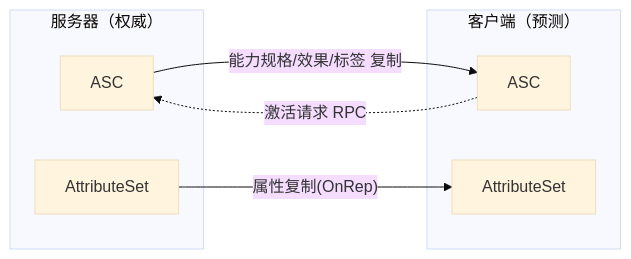
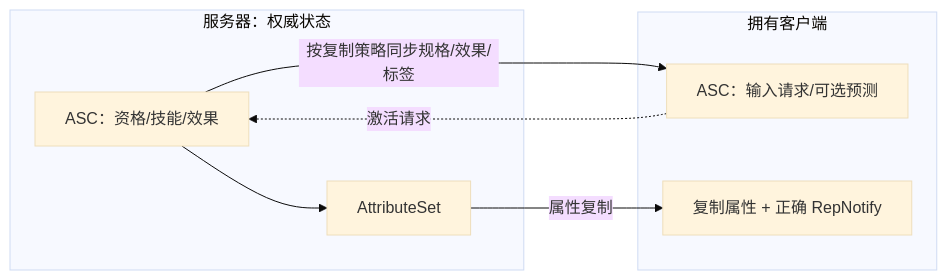
The third of 3 diagrams in 知识/05-Gameplay与交互系统/技能战斗与属性结算/01-GameplayAbilitySystem能力系统.md (fantuan812/learning), drawn with Mermaid (base theme) before and after one commit. The commit also changed other lines of this file and 2 other files, not shown here.

````diff
--- a/知识/05-Gameplay与交互系统/技能战斗与属性结算/01-GameplayAbilitySystem能力系统.md
+++ b/知识/05-Gameplay与交互系统/技能战斗与属性结算/01-GameplayAbilitySystem能力系统.md
@@ -249,14 +536,15 @@
 ```mermaid
 flowchart LR
-    subgraph Server["服务器（权威）"]
-        S_ASC["ASC"]
-        S_AS["AttributeSet"]
+    subgraph Server["服务器：权威状态"]
+        SASC["ASC：资格/技能/效果"]
+        SAS["AttributeSet"]
     end
-    subgraph Client["客户端（预测）"]
-        C_ASC["ASC"]
-        C_AS["AttributeSet"]
+    subgraph OwnerClient["拥有客户端"]
+        CASC["ASC：输入请求/可选预测"]
+        CAS["复制属性 + 正确 RepNotify"]
     end
-    S_ASC -- "能力规格/效果/标签 复制" --> C_ASC
-    S_AS -- "属性复制(OnRep)" --> C_AS
-    C_ASC -. "激活请求 RPC" .-> S_ASC
+    CASC -. 激活请求 .-> SASC
+    SASC --> SAS
+    SASC -- 按复制策略同步规格/效果/标签 --> CASC
+    SAS -- 属性复制 --> CAS
 ```
````
